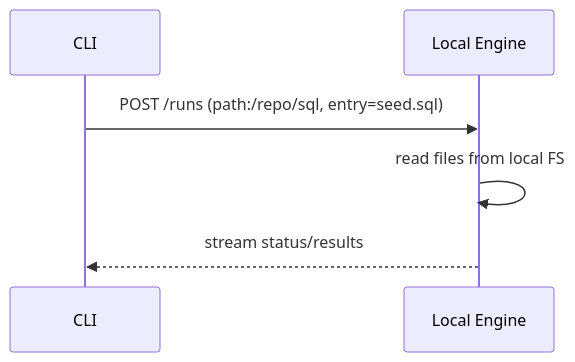
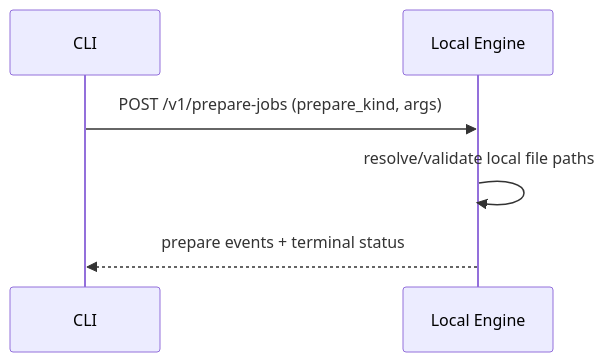
Before and after one commit to kimak-irmagi/taidon: the first of 6 diagrams in docs/architecture/cli-architecture.RU.md, drawn with Mermaid. The commit also changed other lines of this file and 9 other files, not shown here.

````diff
--- a/docs/architecture/cli-architecture.RU.md
+++ b/docs/architecture/cli-architecture.RU.md
@@ -44,9 +44,9 @@
 ```mermaid
 sequenceDiagram
   participant CLI as CLI
   participant ENG as Local Engine
 
-  CLI->>ENG: POST /runs (path:/repo/sql, entry=seed.sql)
-  ENG->>ENG: read files from local FS
-  ENG-->>CLI: stream status/results
+  CLI->>ENG: POST /v1/prepare-jobs (prepare_kind, args)
+  ENG->>ENG: resolve/validate local file paths
+  ENG-->>CLI: prepare events + terminal status
 ```
````
